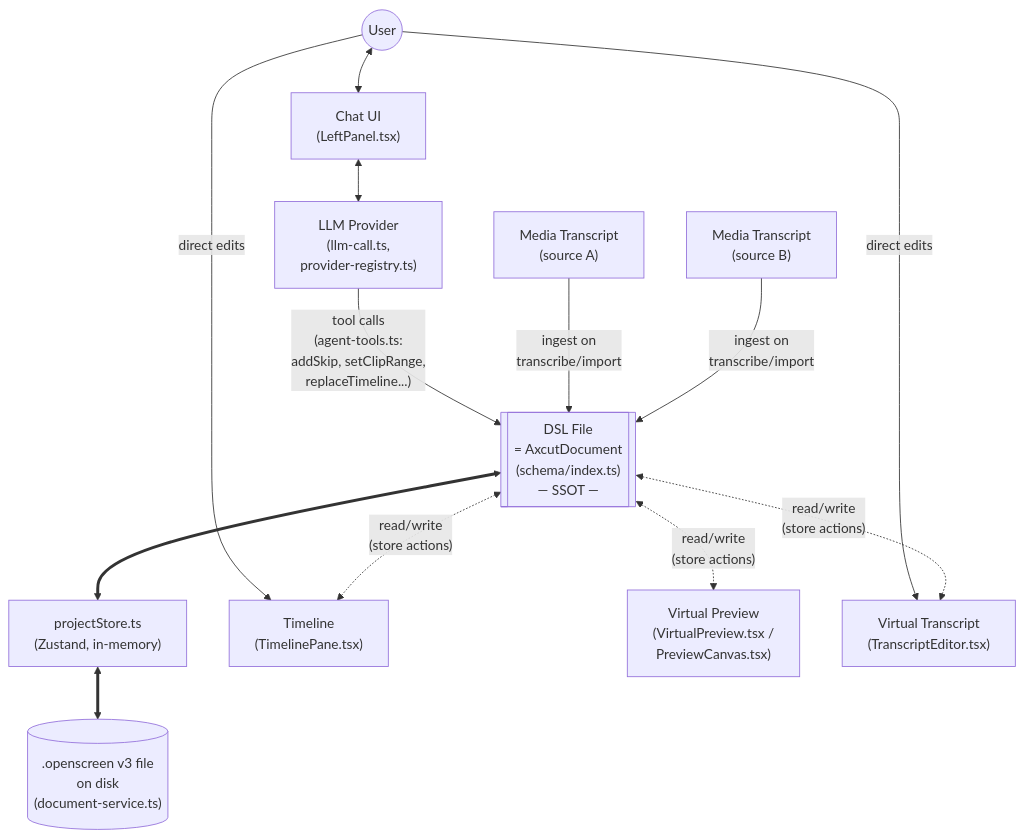
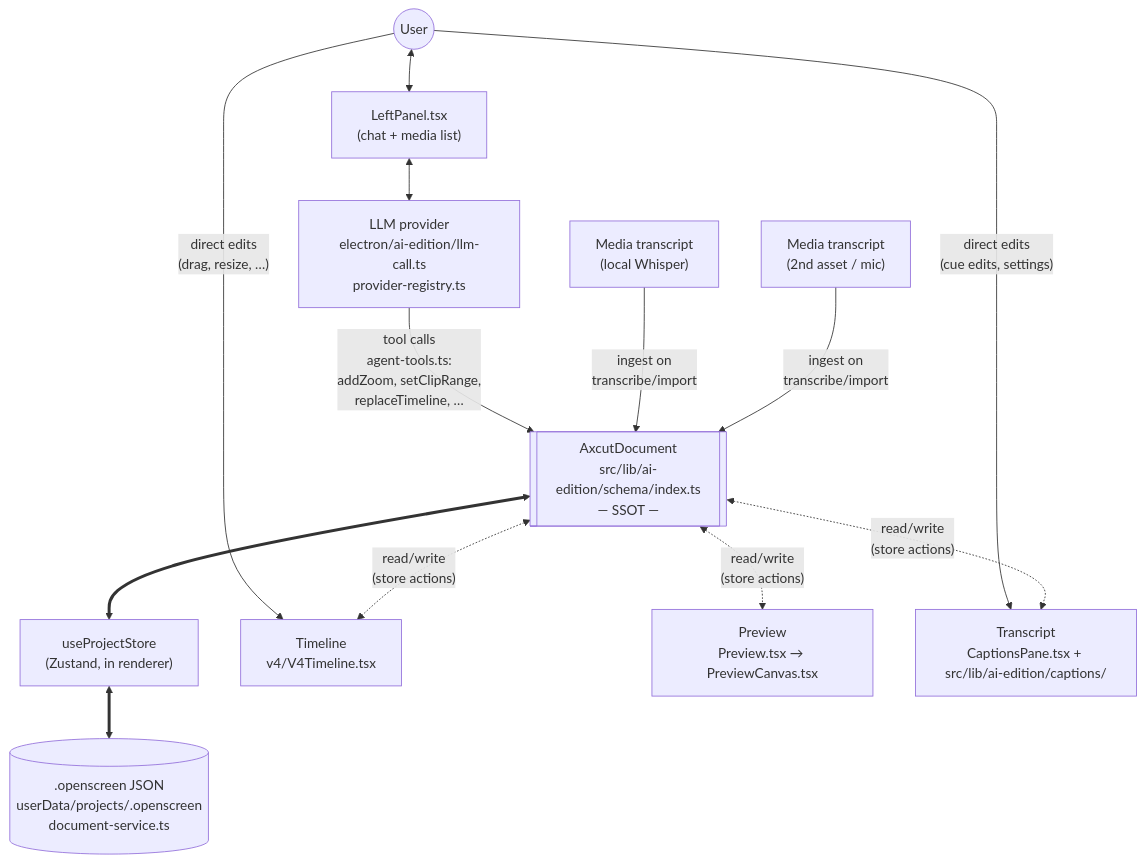
One commit to EtienneLescot/openscreen changed the second of 2 diagrams in technical-documentation/architecture/overview.md. Above: the diagram before and after it, drawn with Mermaid. The commit also changed other lines of this file and 2 other files, not shown here.

First line of the commit message:
docs(architecture): overview, document model and preview

````diff
--- a/technical-documentation/architecture/overview.md
+++ b/technical-documentation/architecture/overview.md
@@ -11,33 +63,33 @@
 ```mermaid
 flowchart TD
     User(("User"))
-    Chat["Chat UI\n(LeftPanel.tsx)"]
-    LLM["LLM Provider\n(llm-call.ts,\nprovider-registry.ts)"]
-    DSL[["DSL File\n= AxcutDocument\n(schema/index.ts)\n— SSOT —"]]
-    Store["projectStore.ts\n(Zustand, in-memory)"]
-    Disk[(".openscreen v3 file\non disk\n(document-service.ts)")]
+    Chat["LeftPanel.tsx<br/>(chat + media list)"]
+    LLM["LLM provider<br/>electron/ai-edition/llm-call.ts<br/>provider-registry.ts"]
+    DSL[["AxcutDocument<br/>src/lib/ai-edition/schema/index.ts<br/>— SSOT —"]]
+    Store["useProjectStore<br/>(Zustand, in renderer)"]
+    Disk[(".openscreen JSON<br/>userData/projects/<id>.openscreen<br/>document-service.ts")]
 
-    MT1["Media Transcript\n(source A)"]
-    MT2["Media Transcript\n(source B)"]
+    MT1["Media transcript<br/>(local Whisper)"]
+    MT2["Media transcript<br/>(2nd asset / mic)"]
 
-    Timeline["Timeline\n(TimelinePane.tsx)"]
-    VPreview["Virtual Preview\n(VirtualPreview.tsx /\nPreviewCanvas.tsx)"]
-    VTranscript["Virtual Transcript\n(TranscriptEditor.tsx)"]
+    Timeline["Timeline<br/>v4/V4Timeline.tsx"]
+    VPreview["Preview<br/>Preview.tsx → PreviewCanvas.tsx"]
+    VTranscript["Transcript<br/>CaptionsPane.tsx + src/lib/ai-edition/captions/"]
 
     User <--> Chat
     Chat <--> LLM
-    LLM -- "tool calls\n(agent-tools.ts:\naddSkip, setClipRange,\nreplaceTimeline...)" --> DSL
+    LLM -- "tool calls<br/>agent-tools.ts:<br/>addZoom, setClipRange,<br/>replaceTimeline, …" --> DSL
 
-    MT1 -- "ingest on\ntranscribe/import" --> DSL
-    MT2 -- "ingest on\ntranscribe/import" --> DSL
+    MT1 -- "ingest on<br/>transcribe/import" --> DSL
+    MT2 -- "ingest on<br/>transcribe/import" --> DSL
 
-    User -- "direct edits" --> Timeline
-    User -- "direct edits" --> VTranscript
+    User -- "direct edits<br/>(drag, resize, …)" --> Timeline
+    User -- "direct edits<br/>(cue edits, settings)" --> VTranscript
 
     DSL <==> Store
     Store <==> Disk
 
-    DSL <-.->|"read/write\n(store actions)"| Timeline
-    DSL <-.->|"read/write\n(store actions)"| VPreview
-    DSL <-.->|"read/write\n(store actions)"| VTranscript
+    DSL <-.->|"read/write<br/>(store actions)"| Timeline
+    DSL <-.->|"read/write<br/>(store actions)"| VPreview
+    DSL <-.->|"read/write<br/>(store actions)"| VTranscript
 ```
````
